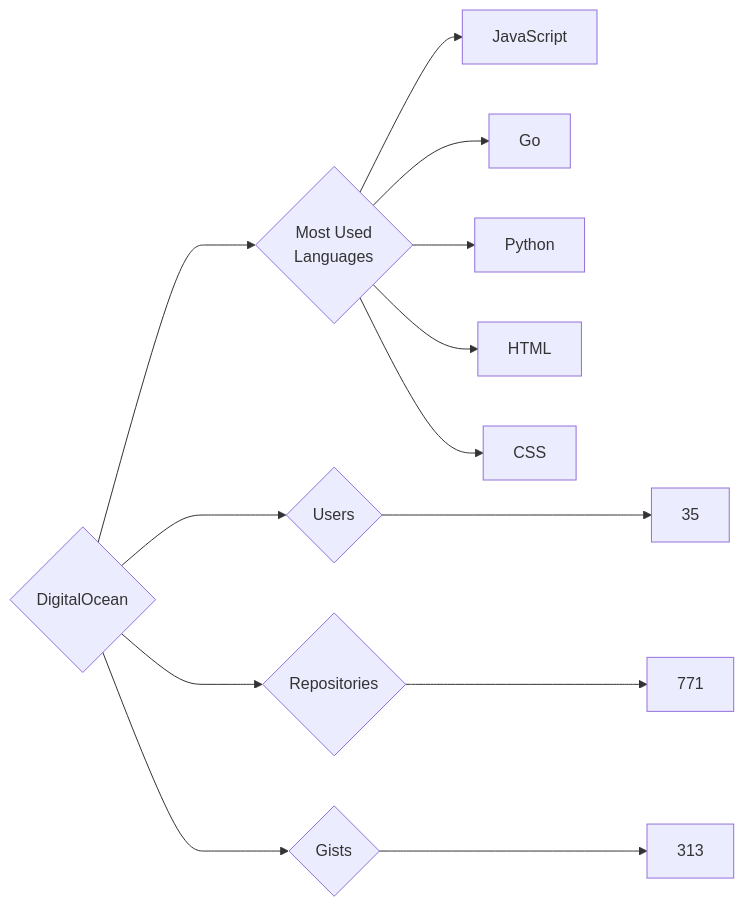
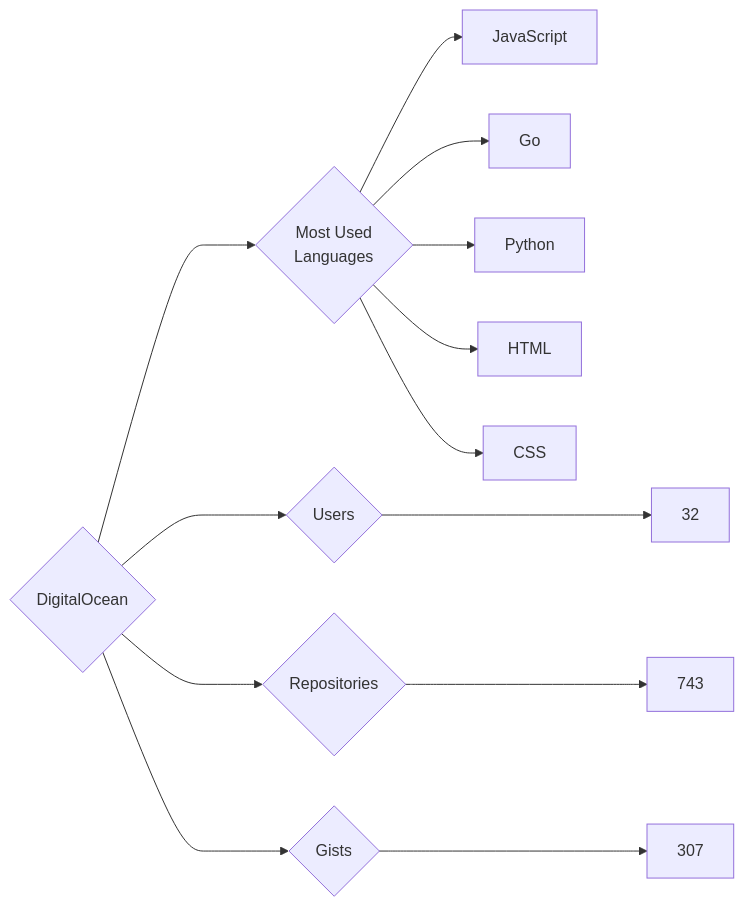
The diagram in targets/DigitalOcean/README.md (trickest/insiders), drawn with Mermaid before and after one commit. The commit also changed 772 other files, not shown here.

````diff
--- a/targets/DigitalOcean/README.md
+++ b/targets/DigitalOcean/README.md
@@ -3,13 +3,13 @@
 ```mermaid
 graph LR
 COMPANY_NAME{DigitalOcean}
-COMPANY_NAME ---> U{Users} ---> UN[35]
-COMPANY_NAME ---> R{Repositories} ---> RN[771]
-COMPANY_NAME ---> G{Gists} ---> GN[313]
+COMPANY_NAME ---> U{Users} ---> UN[32]
+COMPANY_NAME ---> R{Repositories} ---> RN[743]
+COMPANY_NAME ---> G{Gists} ---> GN[307]
 COMPANY_NAME ---> ML{Most Used<br>Languages}
 ML --> JavaScript[JavaScript]
 ML --> Go[Go]
 ML --> Python[Python]
 ML --> HTML[HTML]
 ML --> CSS[CSS]
 ```
````
